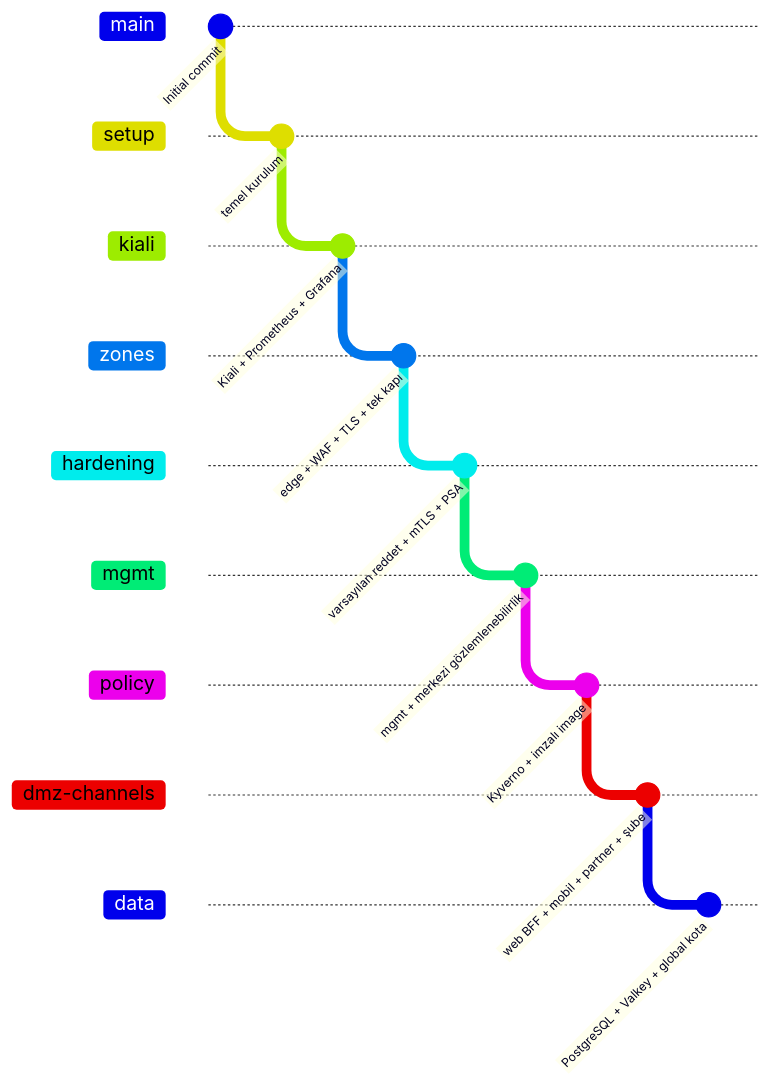
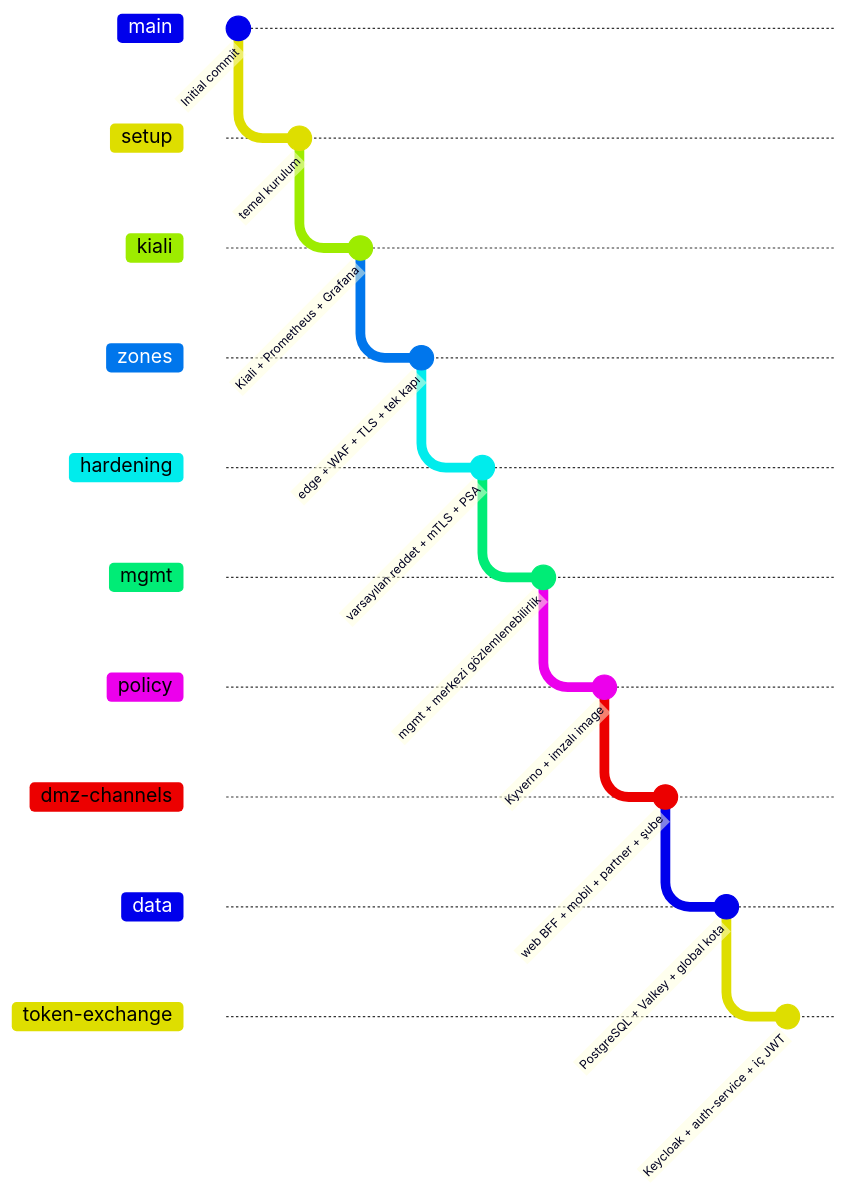
The diagram in docs/README.md (olgunyldz/service-mesh-lab), drawn with Mermaid before and after one commit. The commit also changed other lines of this file and 58 other files, not shown here.

First line of the commit message:
Kimlik ve token exchange: Keycloak, auth-service, iç JWT; kaynak düzeltmeleri

````diff
--- a/docs/README.md
+++ b/docs/README.md
@@ -5,28 +5,31 @@
 ```mermaid
 gitGraph
     commit id: "Initial commit"
     branch setup
     checkout setup
     commit id: "temel kurulum"
     branch kiali
     checkout kiali
     commit id: "Kiali + Prometheus + Grafana"
     branch zones
     checkout zones
     commit id: "edge + WAF + TLS + tek kapı"
     branch hardening
     checkout hardening
     commit id: "varsayılan reddet + mTLS + PSA"
     branch mgmt
     checkout mgmt
     commit id: "mgmt + merkezi gözlemlenebilirlik"
     branch policy
     checkout policy
     commit id: "Kyverno + imzalı image"
     branch dmz-channels
     checkout dmz-channels
     commit id: "web BFF + mobil + partner + şube"
     branch data
     checkout data
     commit id: "PostgreSQL + Valkey + global kota"
+    branch token-exchange
+    checkout token-exchange
+    commit id: "Keycloak + auth-service + iç JWT"
 ```
````
